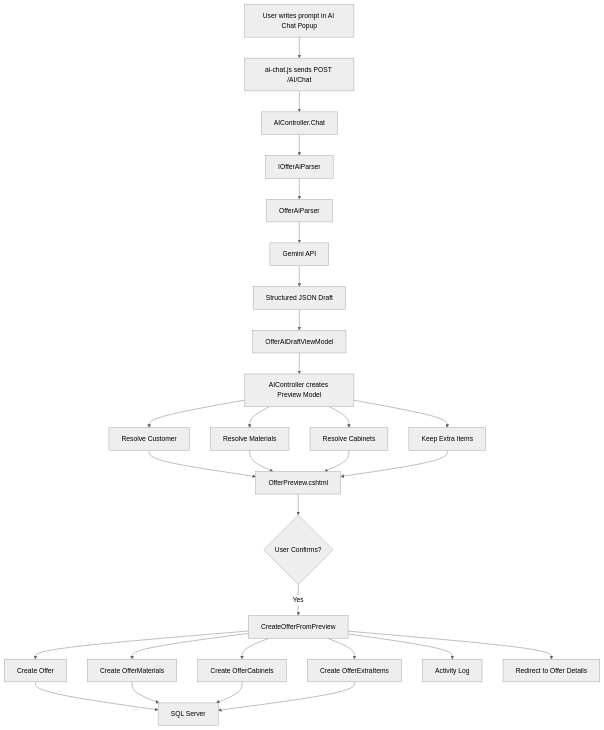
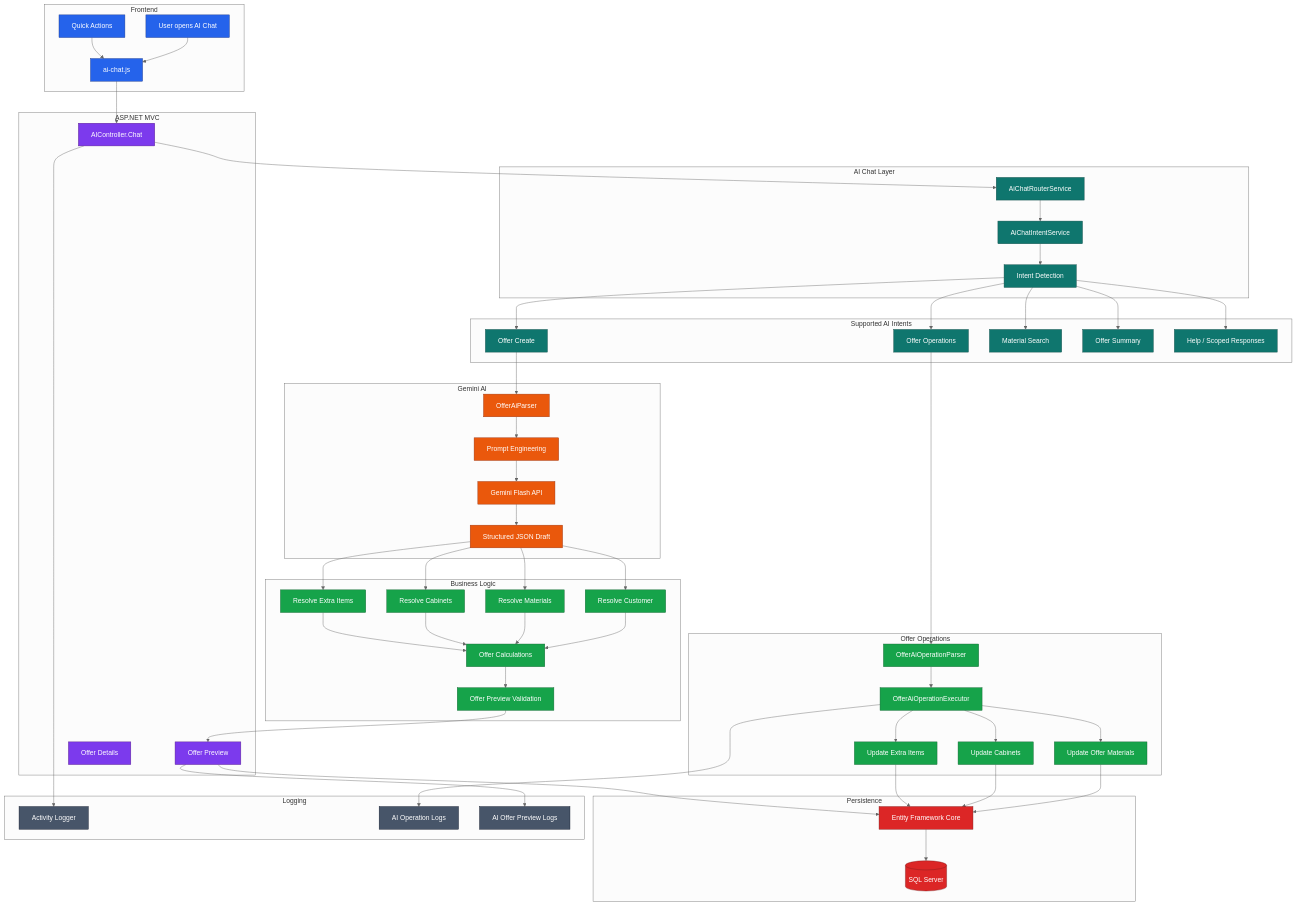
One commit to z1skgr/panelapp changed the third of 3 diagrams in README.md. Above: the diagram before and after it, drawn with Mermaid (neutral theme). The commit also changed other lines of this file, not shown here.

Commit message:
Refactor README.md for consistency and clarity
readme.md

````diff
--- a/README.md
+++ b/README.md
@@ -622,40 +661,130 @@
 ```mermaid
 flowchart TD
-    A[User writes prompt in AI Chat Popup] --> B[ai-chat.js sends POST /AI/Chat]
 
-    B --> C[AIController.Chat]
-    C --> D[IOfferAiParser]
-    D --> E[OfferAiParser]
+    subgraph UI["Frontend"]
+        A[User opens AI Chat]
+        B[ai-chat.js]
+        C[Quick Actions]
+    end
 
-    E --> F[Gemini API]
-    F --> G[Structured JSON Draft]
+    subgraph MVC["ASP.NET MVC"]
+        D[AIController.Chat]
+        E[Offer Preview]
+        F[Offer Details]
+    end
 
-    G --> H[OfferAiDraftViewModel]
-    H --> I[AIController creates Preview Model]
+    subgraph ROUTER["AI Chat Layer"]
+        G[AiChatRouterService]
+        H[AiChatIntentService]
+        I[Intent Detection]
+    end
 
-    I --> J[Resolve Customer]
-    I --> K[Resolve Materials]
-    I --> L[Resolve Cabinets]
-    I --> M[Keep Extra Items]
+    subgraph INTENTS["Supported AI Intents"]
+        J[Offer Create]
+        K[Offer Operations]
+        L[Material Search]
+        M[Offer Summary]
+        N[Help / Scoped Responses]
+    end
 
-    J --> N[OfferPreview.cshtml]
-    K --> N
-    L --> N
-    M --> N
+    subgraph GEMINI["Gemini AI"]
+        O[OfferAiParser]
+        P[Prompt Engineering]
+        Q[Gemini Flash API]
+        R[Structured JSON Draft]
+    end
 
-    N --> O{User Confirms?}
+    subgraph BUSINESS["Business Logic"]
+        S[Resolve Customer]
+        T[Resolve Materials]
+        U[Resolve Cabinets]
+        V[Resolve Extra Items]
+        W[Offer Calculations]
+        X[Offer Preview Validation]
+    end
 
-    O -->|Yes| P[CreateOfferFromPreview]
-    P --> Q[Create Offer]
-    P --> R[Create OfferMaterials]
-    P --> S[Create OfferCabinets]
-    P --> T[Create OfferExtraItems]
+    subgraph EXECUTION["Offer Operations"]
+        Y[OfferAiOperationParser]
+        Z[OfferAiOperationExecutor]
+        AA[Update Offer Materials]
+        AB[Update Cabinets]
+        AC[Update Extra Items]
+    end
 
-    Q --> U[SQL Server]
+    subgraph DATA["Persistence"]
+        AD[Entity Framework Core]
+        AE[(SQL Server)]
+    end
+
+    subgraph AUDIT["Logging"]
+        AF[Activity Logger]
+        AG[AI Operation Logs]
+        AH[AI Offer Preview Logs]
+    end
+
+    A --> B
+    B --> D
+    C --> B
+
+    D --> G
+    G --> H
+    H --> I
+
+    I --> J
+    I --> K
+    I --> L
+    I --> M
+    I --> N
+
+    J --> O
+    O --> P
+    P --> Q
+    Q --> R
+
+    R --> S
+    R --> T
     R --> U
-    S --> U
-    T --> U
+    R --> V
 
-    P --> V[Activity Log]
-    P --> W[Redirect to Offer Details]
+    S --> W
+    T --> W
+    U --> W
+    V --> W
+
+    W --> X
+    X --> E
+
+    K --> Y
+    Y --> Z
+
+    Z --> AA
+    Z --> AB
+    Z --> AC
+
+    AA --> AD
+    AB --> AD
+    AC --> AD
+
+    E --> AD
+    AD --> AE
+
+    D --> AF
+    Z --> AG
+    E --> AH
+
+    classDef ui fill:#2563eb,color:#ffffff,stroke:#1e3a8a
+    classDef mvc fill:#7c3aed,color:#ffffff,stroke:#581c87
+    classDef ai fill:#0f766e,color:#ffffff,stroke:#134e4a
+    classDef gem fill:#ea580c,color:#ffffff,stroke:#9a3412
+    classDef logic fill:#16a34a,color:#ffffff,stroke:#166534
+    classDef data fill:#dc2626,color:#ffffff,stroke:#7f1d1d
+    classDef audit fill:#475569,color:#ffffff,stroke:#0f172a
+
+    class A,B,C ui
+    class D,E,F mvc
+    class G,H,I,J,K,L,M,N ai
+    class O,P,Q,R gem
+    class S,T,U,V,W,X,Y,Z,AA,AB,AC logic
+    class AD,AE data
+    class AF,AG,AH audit
 ```
````
